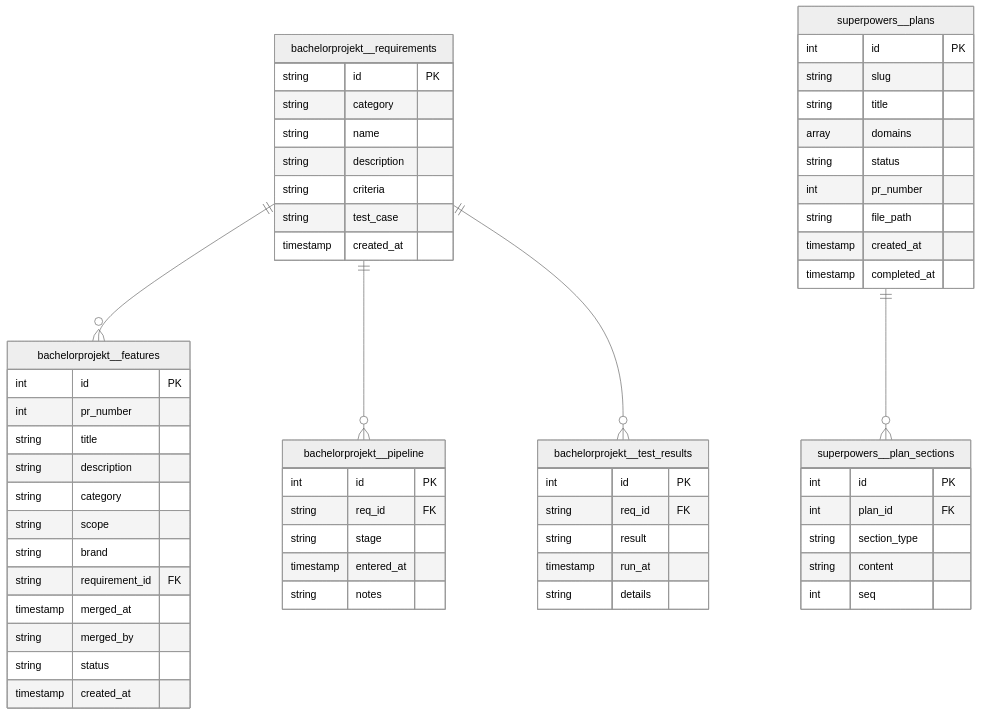
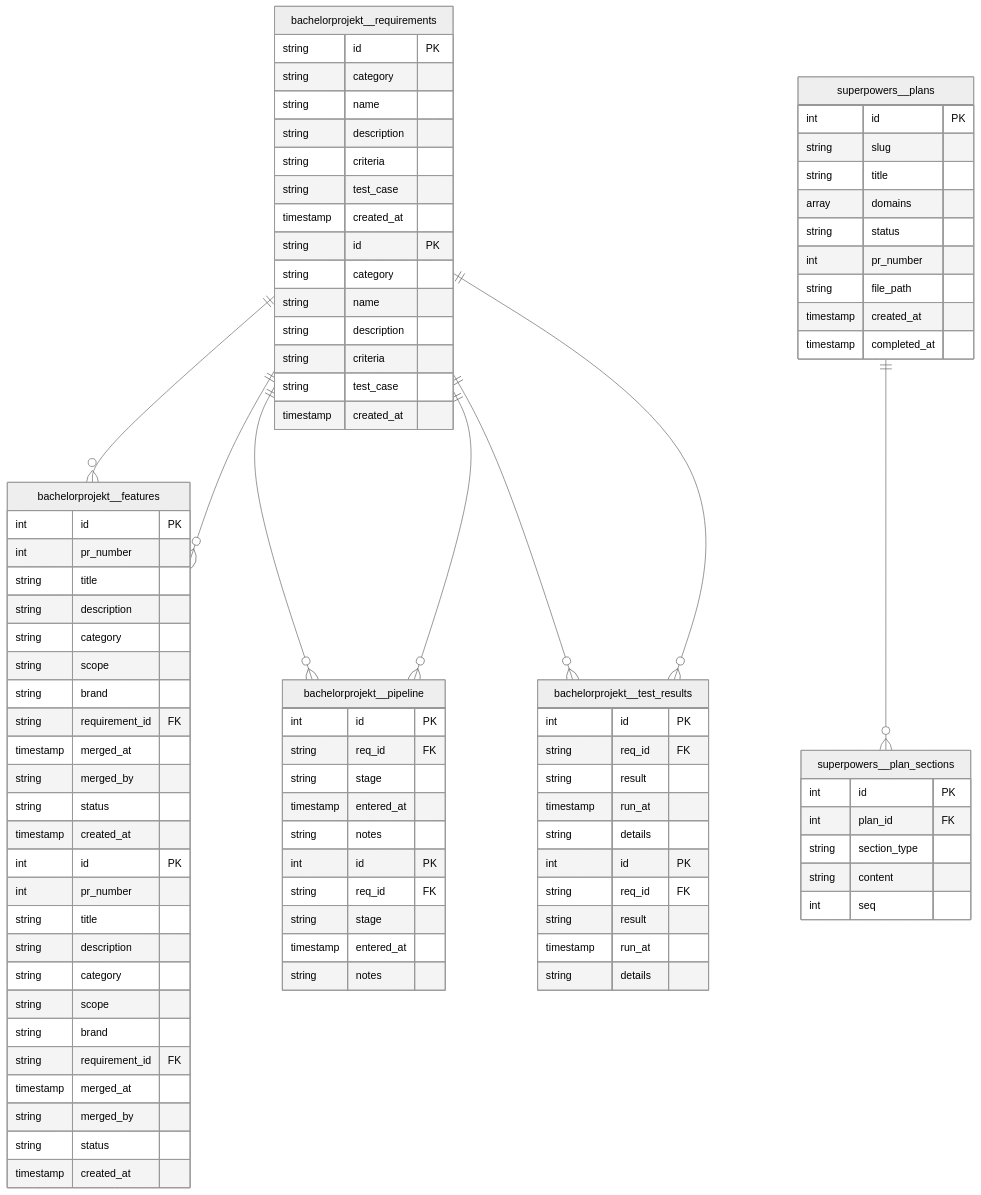
Before and after one commit to Paddione/Bachelorprojekt: the eighth of 8 diagrams in docs/db-schema-diagram.md, drawn with Mermaid (neutral theme). The commit also changed other lines of this file and 6 other files, not shown here.

````diff
--- a/docs/db-schema-diagram.md
+++ b/docs/db-schema-diagram.md
@@ -936,6 +925,18 @@
 ```mermaid
 erDiagram
   bachelorprojekt__features {
+    int id PK
+    int pr_number
+    string title
+    string description
+    string category
+    string scope
+    string brand
+    string requirement_id FK
+    timestamp merged_at
+    string merged_by
+    string status
+    timestamp created_at
     int id PK
     int pr_number
     string title
@@ -955,6 +956,11 @@
     string stage
     timestamp entered_at
     string notes
+    int id PK
+    string req_id FK
+    string stage
+    timestamp entered_at
+    string notes
   }
   bachelorprojekt__requirements {
     string id PK
@@ -964,8 +970,20 @@
     string criteria
     string test_case
     timestamp created_at
+    string id PK
+    string category
+    string name
+    string description
+    string criteria
+    string test_case
+    timestamp created_at
   }
   bachelorprojekt__test_results {
+    int id PK
+    string req_id FK
+    string result
+    timestamp run_at
+    string details
     int id PK
     string req_id FK
     string result
@@ -990,6 +1008,9 @@
     timestamp created_at
     timestamp completed_at
   }
+  bachelorprojekt__requirements ||--o{ bachelorprojekt__features : ""
+  bachelorprojekt__requirements ||--o{ bachelorprojekt__pipeline : ""
+  bachelorprojekt__requirements ||--o{ bachelorprojekt__test_results : ""
   superpowers__plans ||--o{ superpowers__plan_sections : ""
   bachelorprojekt__requirements ||--o{ bachelorprojekt__features : ""
   bachelorprojekt__requirements ||--o{ bachelorprojekt__pipeline : ""
````
